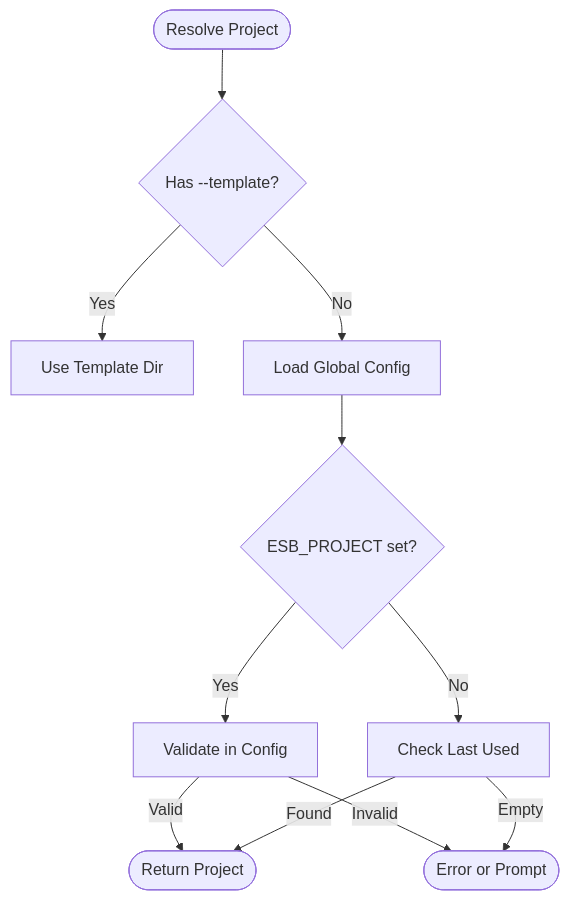
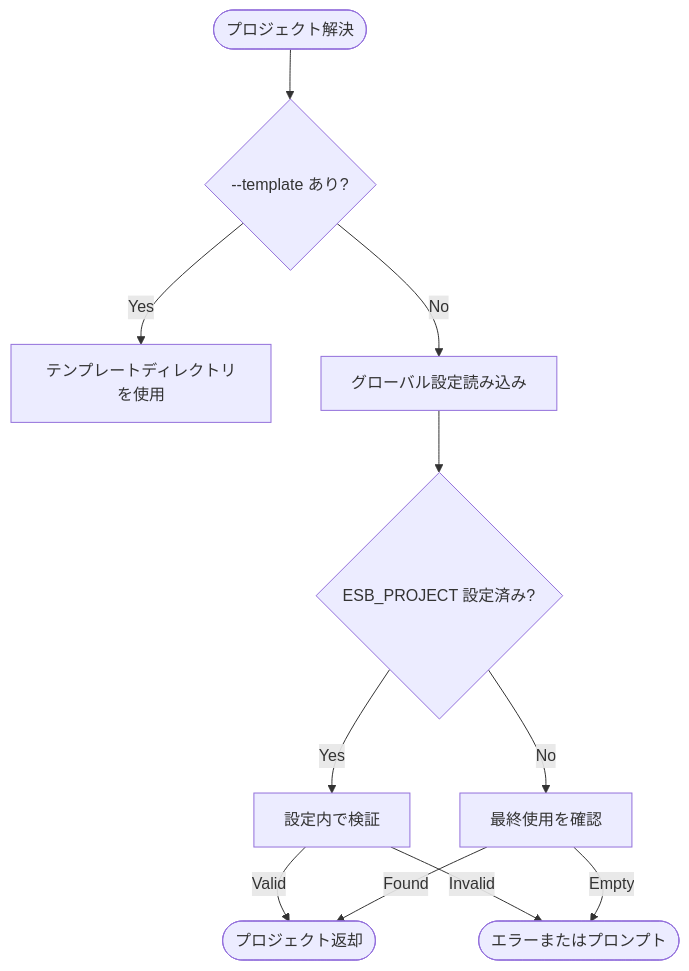
One commit to poruru-code/esb-cli changed the diagram in docs/project.md. Above: the diagram before and after it, drawn with Mermaid. The commit also changed other lines of this file and 12 other files, not shown here.

First line of the commit message:
Translate CLI documentation to Japanese and fix Mermaid syntax

````diff
--- a/docs/project.md
+++ b/docs/project.md
@@ -50,17 +50,17 @@
 ```mermaid
 flowchart TD
-    Start([Resolve Project]) --> CheckFlag{Has --template?}
+    Start([プロジェクト解決]) --> CheckFlag{--template あり?}
 
-    CheckFlag -- Yes --> UseTemplate[Use Template Dir]
-    CheckFlag -- No --> LoadConfig[Load Global Config]
+    CheckFlag -- Yes --> UseTemplate[テンプレートディレクトリを使用]
+    CheckFlag -- No --> LoadConfig[グローバル設定読み込み]
 
-    LoadConfig --> CheckEnv{ESB_PROJECT set?}
+    LoadConfig --> CheckEnv{ESB_PROJECT 設定済み?}
 
-    CheckEnv -- Yes --> Validate[Validate in Config]
-    Validate -- Valid --> Return([Return Project])
-    Validate -- Invalid --> Error([Error or Prompt])
+    CheckEnv -- Yes --> Validate[設定内で検証]
+    Validate -- Valid --> Return([プロジェクト返却])
+    Validate -- Invalid --> Error([エラーまたはプロンプト])
 
-    CheckEnv -- No --> CheckRecent[Check Last Used]
+    CheckEnv -- No --> CheckRecent[最終使用を確認]
     CheckRecent -- Found --> Return
     CheckRecent -- Empty --> Error
 ```
````
